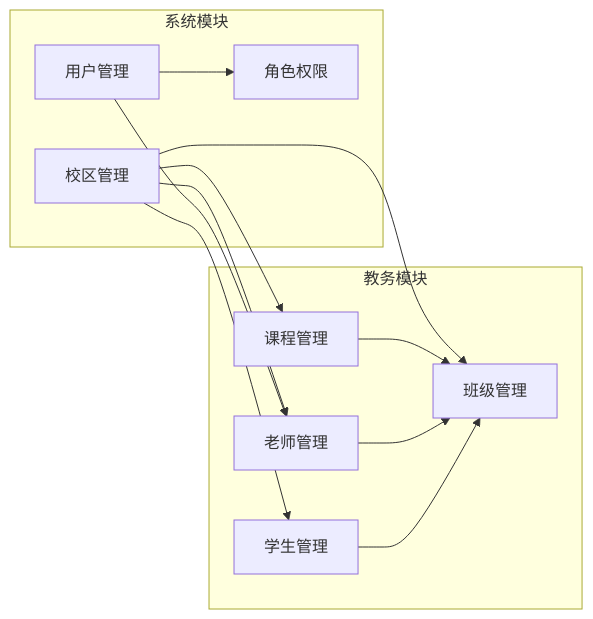
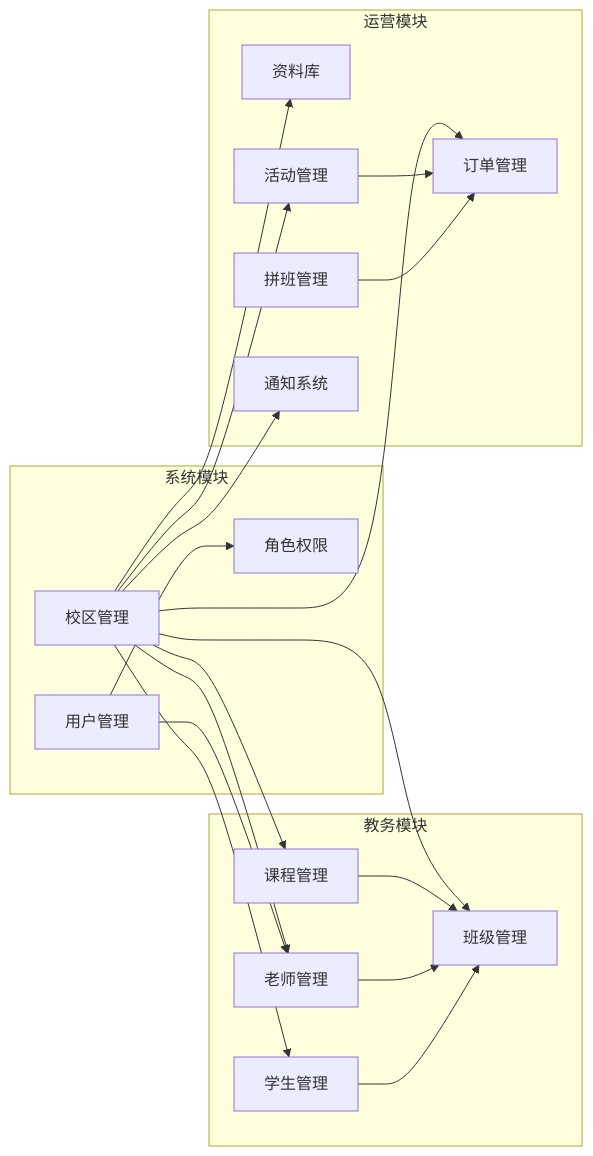
The eighth of 9 diagrams in FEATURES.md (wxzw/edu), drawn with Mermaid before and after one commit. The commit also changed other lines of this file and 154 other files, not shown here.

````diff
--- a/FEATURES.md
+++ b/FEATURES.md
@@ -270,27 +518,42 @@
 ```mermaid
 graph LR
     subgraph "系统模块"
         Campus[校区管理]
         User[用户管理]
         Role[角色权限]
     end
     
     subgraph "教务模块"
         Teacher[老师管理]
         Course[课程管理]
         Class[班级管理]
         Student[学生管理]
     end
     
+    subgraph "运营模块"
+        Material[资料库]
+        Activity[活动管理]
+        Group[拼班管理]
+        Order[订单管理]
+        Notification[通知系统]
+    end
+    
     Campus --> Teacher
     Campus --> Course
     Campus --> Class
     Campus --> Student
+    Campus --> Material
+    Campus --> Activity
+    Campus --> Order
+    Campus --> Notification
     
     User --> Role
     User --> Teacher
     
     Course --> Class
     Teacher --> Class
     Student --> Class
+    
+    Activity --> Order
+    Group --> Order
 ```
````
